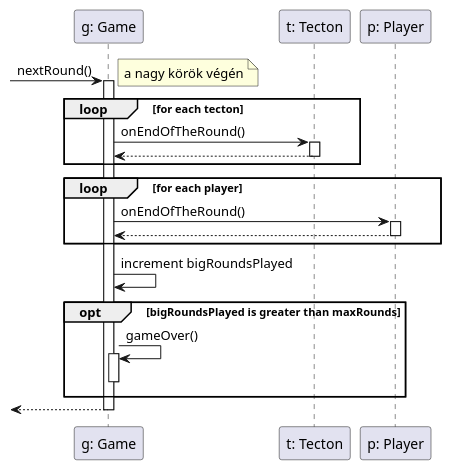
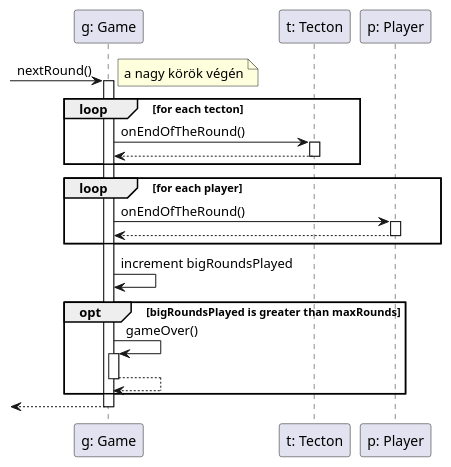
One commit to dzsem/projlab changed the diagram in diagrams/sequence/game/nextRound.plantuml. Above: the diagram before and after it, drawn with PlantUML. The commit also changed 17 other files, not shown here.

Commit message:
Patch diagrams round 1

```diff
--- a/diagrams/sequence/game/nextRound.plantuml
+++ b/diagrams/sequence/game/nextRound.plantuml
@@ -1,38 +1,40 @@
 @startuml Game.nextRound
 
 participant "g: Game" as g
 participant "t: Tecton" as t
 participant "p: Player" as p
 
 -> g: nextRound()
 activate g
 note right: a nagy körök végén
 
 loop for each tecton
 	g -> t: onEndOfTheRound()
 	activate t
 
 	g <-- t
 	deactivate t
 end
 
 loop for each player
 	g -> p: onEndOfTheRound()
 	activate p
 
 	g <-- p
 	deactivate p
 end
 
 g -> g: increment bigRoundsPlayed
 
 opt bigRoundsPlayed is greater than maxRounds
 	g -> g: gameOver()
 	activate g
+
+	g --> g
 	deactivate g
 end
 
 <-- g
 deactivate g
 
 @enduml
```
